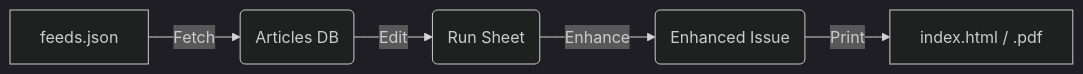
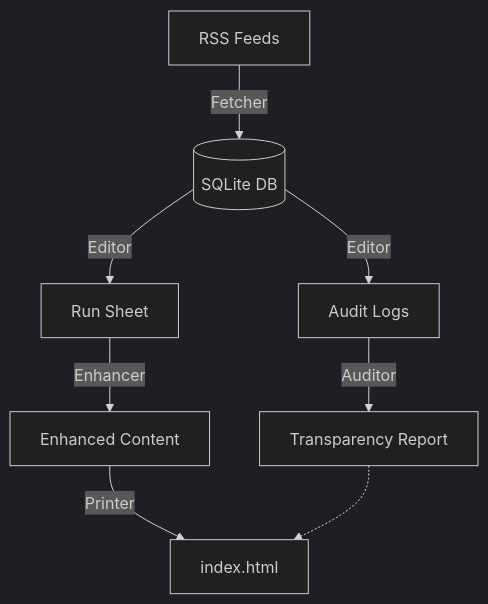
One commit to maxspevack/fishwrap changed the diagram in fishwrap/README.md. Above: the diagram before and after it, drawn with Mermaid (dark theme). The commit also changed other lines of this file and 1 other file, not shown here.

Commit message:
docs: Modernize READMEs with Glass Box architecture and configuration details

````diff
--- a/fishwrap/README.md
+++ b/fishwrap/README.md
@@ -9,7 +9,10 @@
 ```mermaid
-graph LR
-    A[feeds.json] -->|Fetch| B(Articles DB)
-    B -->|Edit| C(Run Sheet)
-    C -->|Enhance| D(Enhanced Issue)
-    D -->|Print| E[index.html / .pdf]
+graph TD
+    A[RSS Feeds] -->|Fetcher| B[(SQLite DB)]
+    B -->|Editor| C[Run Sheet]
+    B -->|Editor| G[Audit Logs]
+    C -->|Enhancer| D[Enhanced Content]
+    D -->|Printer| E[index.html]
+    G -->|Auditor| F[Transparency Report]
+    F -.-> E
 ```
````
